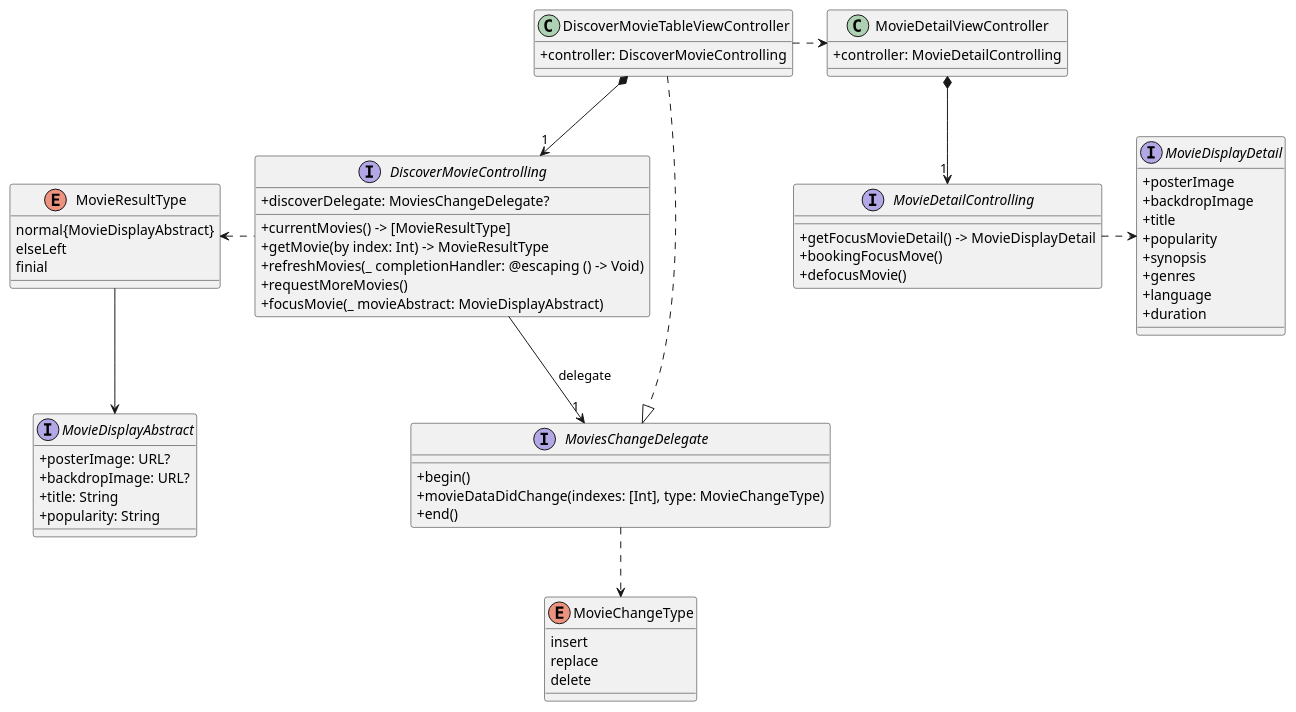
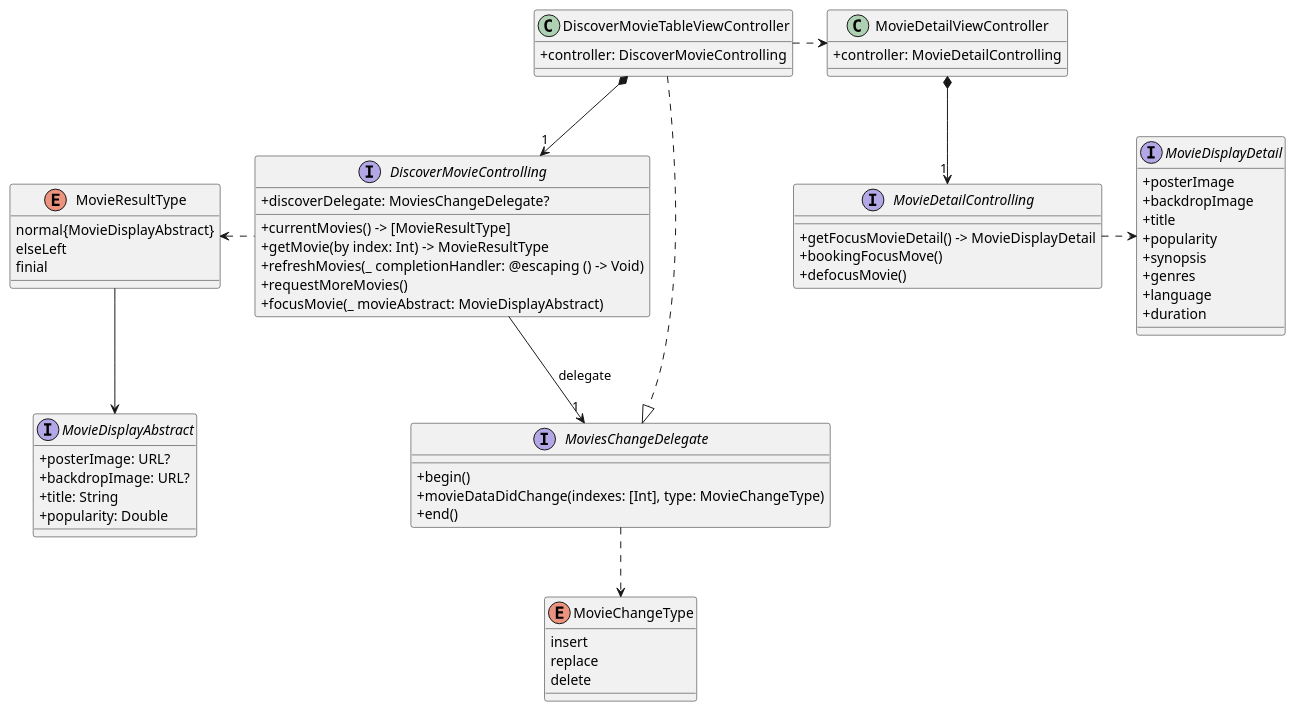
One commit to willsbor/CinemaForYou changed the first of 4 diagrams in README.md. Above: the diagram before and after it, drawn with PlantUML. The commit also changed other lines of this file and 5 other files, not shown here.

````diff
--- a/README.md
+++ b/README.md
@@ -12,76 +12,76 @@
 ```puml
 skinparam classAttributeIconSize 0
 
 class DiscoverMovieTableViewController {
   +controller: DiscoverMovieControlling
 }
 
 interface DiscoverMovieControlling {
   +discoverDelegate: MoviesChangeDelegate?
   +currentMovies() -> [MovieResultType]
   +getMovie(by index: Int) -> MovieResultType
   +refreshMovies(_ completionHandler: @escaping () -> Void)
   +requestMoreMovies()
   +focusMovie(_ movieAbstract: MovieDisplayAbstract)
 }
 
 enum MovieResultType {
   normal{MovieDisplayAbstract}
   elseLeft
   finial
 }
 
 interface MovieDisplayAbstract {
   +posterImage: URL?
   +backdropImage: URL?
   +title: String
-  +popularity: String
+  +popularity: Double
 }
 
 enum MovieChangeType {
     insert
     replace
     delete
 }
 
 interface MoviesChangeDelegate {
   +begin()
   +movieDataDidChange(indexes: [Int], type: MovieChangeType)
   +end()
 }
 
 class MovieDetailViewController {
   +controller: MovieDetailControlling
 }
 
 interface MovieDetailControlling {
   +getFocusMovieDetail() -> MovieDisplayDetail
   +bookingFocusMove()
   +defocusMovie()
 }
 
 interface MovieDisplayDetail {
   +posterImage
   +backdropImage
   +title
   +popularity
   +synopsis
   +genres
   +language
   +duration
 }
 
 DiscoverMovieTableViewController .right.> MovieDetailViewController
 
 DiscoverMovieTableViewController *--> "1" DiscoverMovieControlling
 DiscoverMovieControlling .left.> MovieResultType
 MovieResultType --> MovieDisplayAbstract
 DiscoverMovieControlling --> "1" MoviesChangeDelegate : delegate
 MoviesChangeDelegate ..> MovieChangeType
 
 DiscoverMovieTableViewController ..|> MoviesChangeDelegate
 
 MovieDetailViewController *--> "1" MovieDetailControlling
 MovieDetailControlling .right.> MovieDisplayDetail
 
 ```
````
